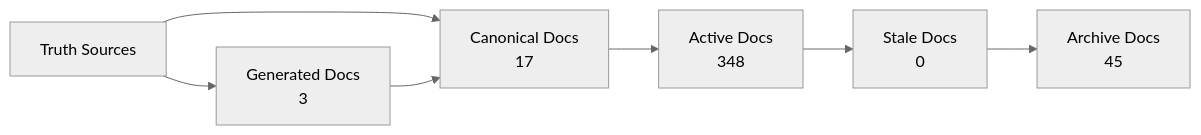
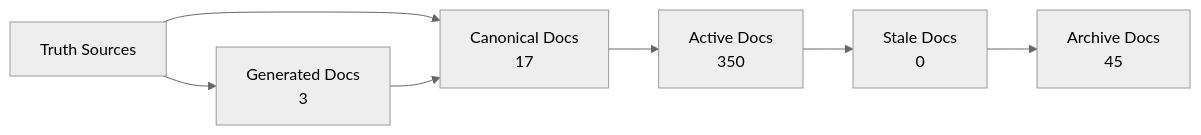
One commit to Latimer-Woods-Tech/Factory changed the diagram in docs/_generated/docs-trust-map.md. Above: the diagram before and after it, drawn with Mermaid (neutral theme). The commit also changed 6 other files, not shown here.

````diff
--- a/docs/_generated/docs-trust-map.md
+++ b/docs/_generated/docs-trust-map.md
@@ -20,14 +20,14 @@
 ```mermaid
 flowchart LR
   truth["Truth Sources"] --> canonical["Canonical Docs"]
   canonical --> active["Active Docs"]
   active --> stale["Stale Docs"]
   stale --> archive["Archive Docs"]
   canonical["Canonical Docs\n17"]
-  active["Active Docs\n348"]
+  active["Active Docs\n350"]
   stale["Stale Docs\n0"]
   archive["Archive Docs\n45"]
   generated["Generated Docs\n3"]
   truth --> generated
   generated --> canonical
 ```
````
